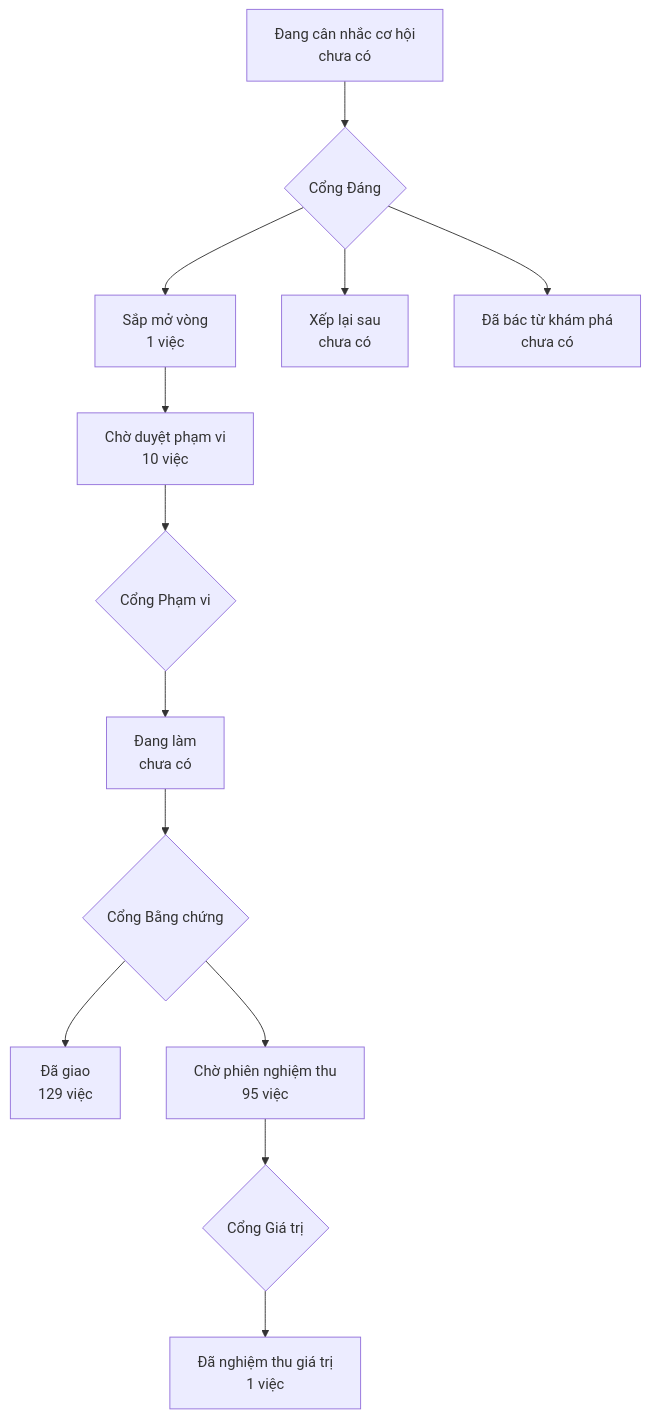
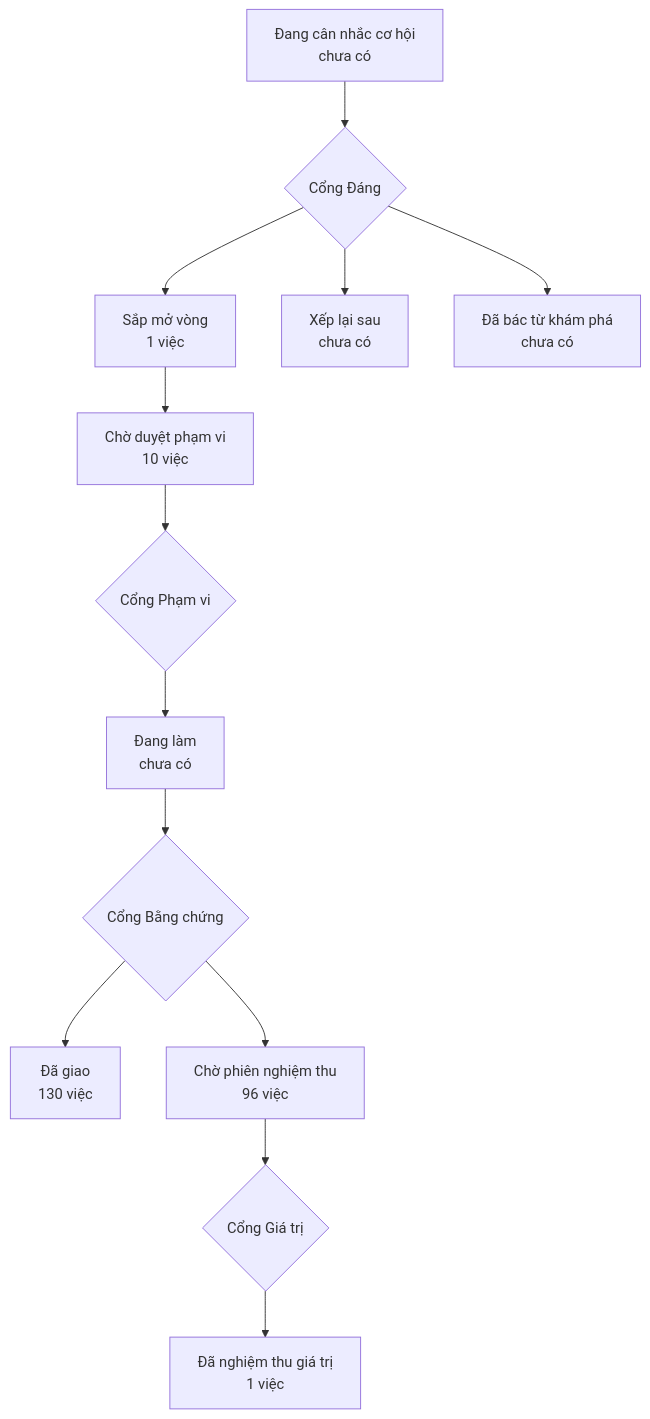
The diagram in PRODUCT-MAP.md (phanlemanh/onehub-invest), drawn with Mermaid before and after one commit. The commit also changed other lines of this file and 1 other file, not shown here.

Commit message:
docs(s03-len-cong): vẽ lại bản đồ sản phẩm và lộ trình sau khi gộp main

````diff
--- a/PRODUCT-MAP.md
+++ b/PRODUCT-MAP.md
@@ -7,12 +7,12 @@
 ```mermaid
 flowchart TD
   A["Đang cân nhắc cơ hội<br/>chưa có"] --> GD{"Cổng Đáng"}
   GD --> B["Sắp mở vòng<br/>1 việc"]
   GD --> XL["Xếp lại sau<br/>chưa có"]
   GD --> DB["Đã bác từ khám phá<br/>chưa có"]
   B --> CD["Chờ duyệt phạm vi<br/>10 việc"] --> GP{"Cổng Phạm vi"}
   GP --> DL["Đang làm<br/>chưa có"] --> GB{"Cổng Bằng chứng"}
-  GB --> DG["Đã giao<br/>129 việc"]
-  GB --> CN["Chờ phiên nghiệm thu<br/>95 việc"] --> GG{"Cổng Giá trị"}
+  GB --> DG["Đã giao<br/>130 việc"]
+  GB --> CN["Chờ phiên nghiệm thu<br/>96 việc"] --> GG{"Cổng Giá trị"}
   GG --> NT["Đã nghiệm thu giá trị<br/>1 việc"]
 ```
````
